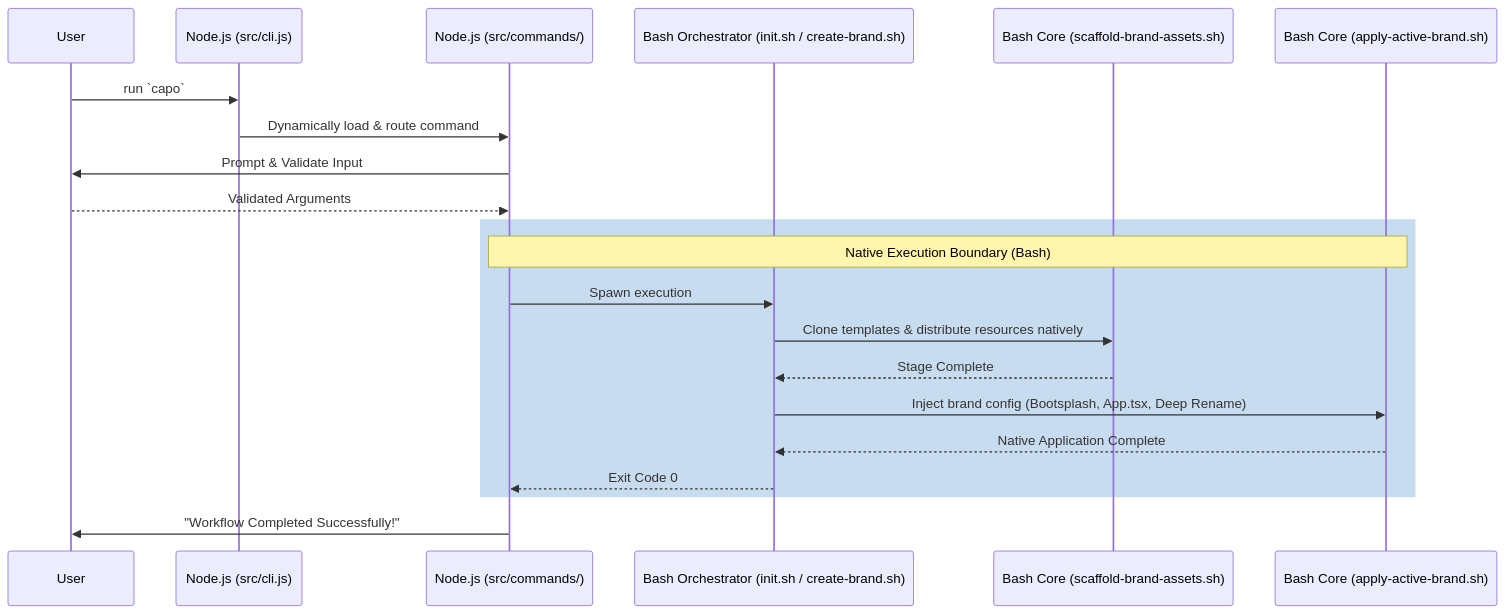
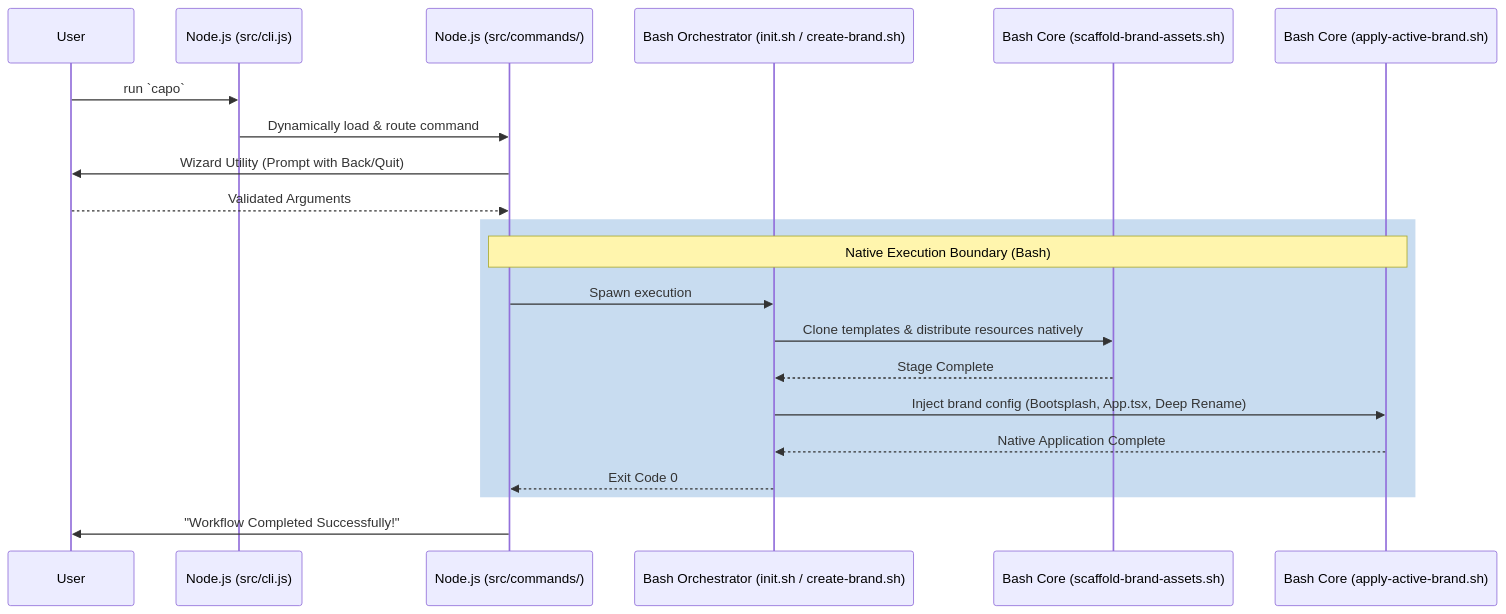
Before and after one commit to rob-prado/capo-cli: the first of 2 diagrams in docs/workflows.md, drawn with Mermaid. The commit also changed 6 other files, not shown here.

Commit message:
refactor: mandate use of runWizard utility for CLI interactions and update project documentation accordingly

````diff
--- a/docs/workflows.md
+++ b/docs/workflows.md
@@ -9,29 +9,29 @@
 ```mermaid
 sequenceDiagram
     participant User
     participant CLI as Node.js (src/cli.js)
     participant Command as Node.js (src/commands/)
     participant Orchestrator as Bash Orchestrator (init.sh / create-brand.sh)
     participant ScaffoldAssets as Bash Core (scaffold-brand-assets.sh)
     participant ApplyBrand as Bash Core (apply-active-brand.sh)
     
     User->>CLI: run `capo`
     CLI->>Command: Dynamically load & route command
-    Command->>User: Prompt & Validate Input
+    Command->>User: Wizard Utility (Prompt with Back/Quit)
     User-->>Command: Validated Arguments
     
     rect rgb(200, 220, 240)
     Note over Command, ApplyBrand: Native Execution Boundary (Bash)
     Command->>Orchestrator: Spawn execution
     
     Orchestrator->>ScaffoldAssets: Clone templates & distribute resources natively
     ScaffoldAssets-->>Orchestrator: Stage Complete
     
     Orchestrator->>ApplyBrand: Inject brand config (Bootsplash, App.tsx, Deep Rename)
     ApplyBrand-->>Orchestrator: Native Application Complete
     
     Orchestrator-->>Command: Exit Code 0
     end
     
     Command->>User: "Workflow Completed Successfully!"
 ```
````
